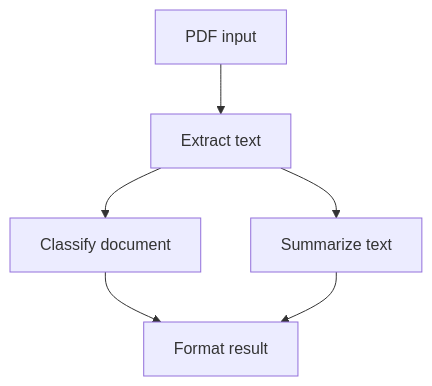
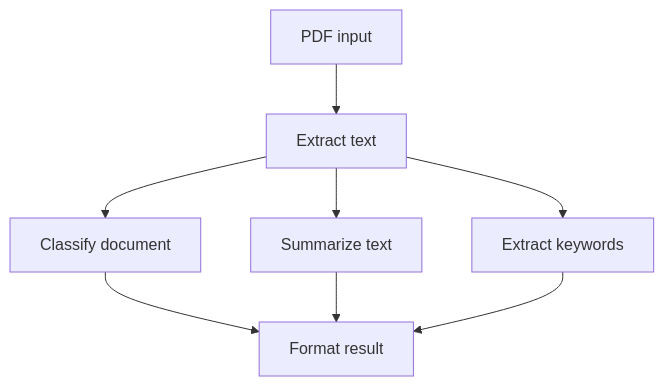
Before and after one commit to hatchet-dev/hatchet: the diagram in frontend/docs/pages/cookbooks/pdf-pipeline.mdx, drawn with Mermaid. The commit also changed other lines of this file and 6 other files, not shown here.

````diff
--- a/frontend/docs/pages/cookbooks/pdf-pipeline.mdx
+++ b/frontend/docs/pages/cookbooks/pdf-pipeline.mdx
@@ -12,8 +12,10 @@
 ```mermaid
 flowchart TD
     A[PDF input] --> B[Extract text]
     B --> C[Classify document]
     B --> D[Summarize text]
-    C --> E[Format result]
-    D --> E
+    B --> E[Extract keywords]
+    C --> F[Format result]
+    D --> F
+    E --> F
 ```
````
